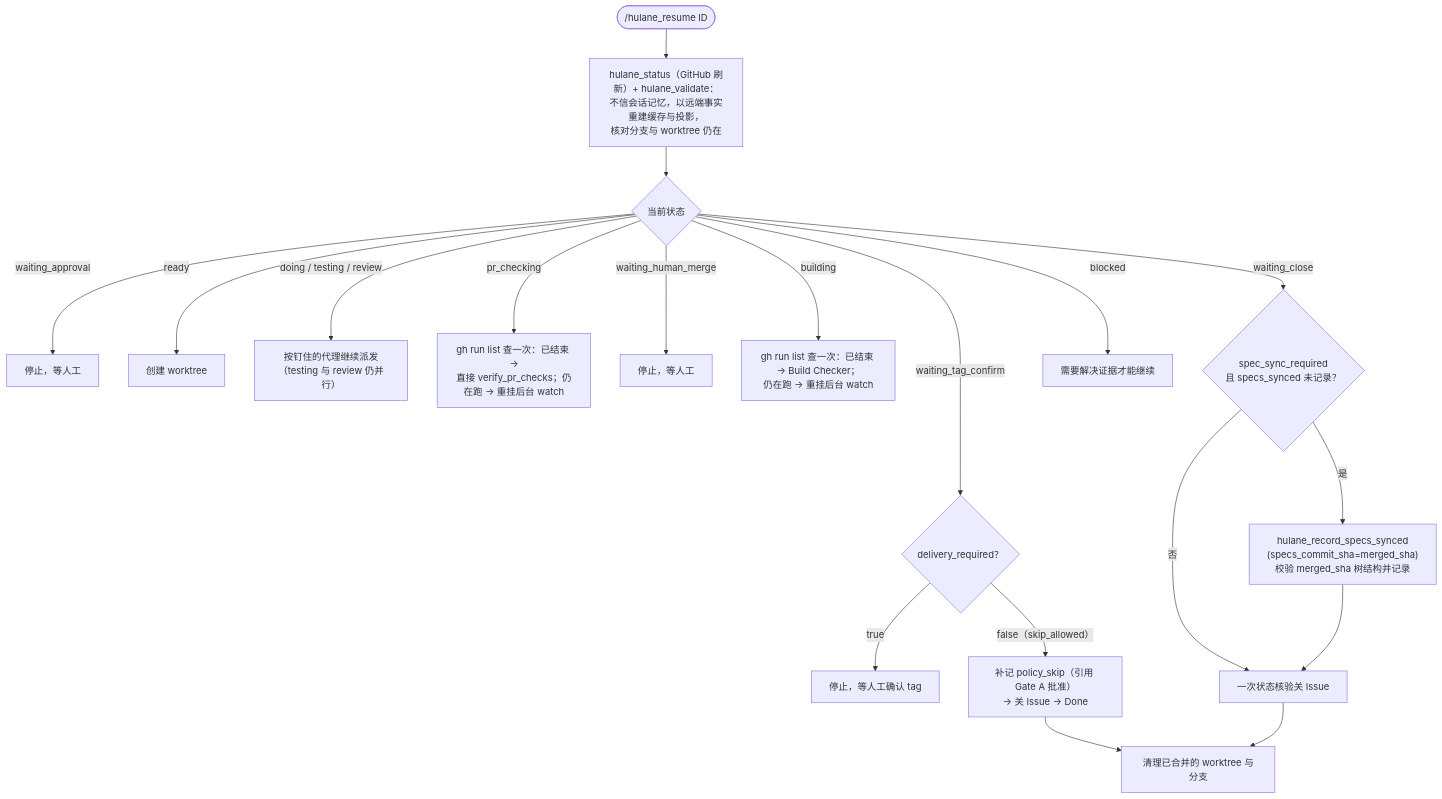
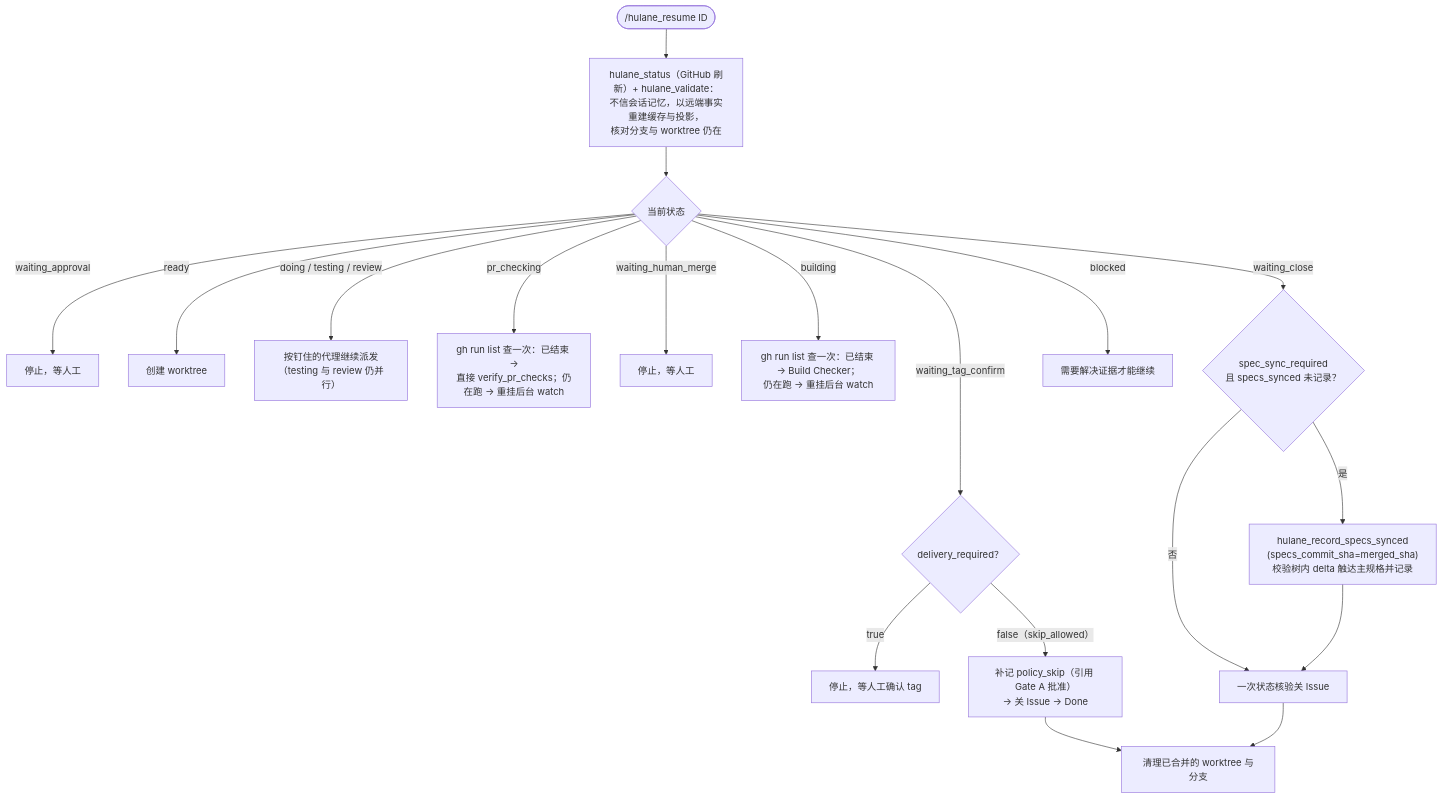
The tenth of 10 diagrams in FLOWCHARTS.md (hutong236/hutong-zcode-marketplace), drawn with Mermaid before and after one commit. The commit also changed other lines of this file and 6 other files, not shown here.

````diff
--- a/FLOWCHARTS.md
+++ b/FLOWCHARTS.md
@@ -248,21 +248,21 @@
 ```mermaid
 flowchart TD
   R(["/hulane_resume ID"]) --> ST["hulane_status（GitHub 刷新）+ hulane_validate：<br>不信会话记忆，以远端事实重建缓存与投影，<br>核对分支与 worktree 仍在"]
   ST --> B{"当前状态"}
   B -->|"waiting_approval"| S1["停止，等人工"]
   B -->|"ready"| S2["创建 worktree"]
   B -->|"doing / testing / review"| S3["按钉住的代理继续派发<br>（testing 与 review 仍并行）"]
   B -->|"pr_checking"| S4["gh run list 查一次：已结束 →<br>直接 verify_pr_checks；仍在跑 → 重挂后台 watch"]
   B -->|"waiting_human_merge"| S5["停止，等人工"]
   B -->|"waiting_tag_confirm"| S6{"delivery_required？"}
   S6 -->|"true"| S7["停止，等人工确认 tag"]
   S6 -->|"false（skip_allowed）"| S8["补记 policy_skip（引用 Gate A 批准）<br>→ 关 Issue → Done"]
   B -->|"building"| S9["gh run list 查一次：已结束 → Build Checker；<br>仍在跑 → 重挂后台 watch"]
   B -->|"waiting_close"| S9a{"spec_sync_required<br>且 specs_synced 未记录？"}
-  S9a -->|"是"| S9b["hulane_record_specs_synced<br>(specs_commit_sha=merged_sha)<br>校验 merged_sha 树结构并记录"]
+  S9a -->|"是"| S9b["hulane_record_specs_synced<br>(specs_commit_sha=merged_sha)<br>校验树内 delta 触达主规格并记录"]
   S9a -->|"否"| S10["一次状态核验关 Issue"]
   S9b --> S10
   B -->|"blocked"| S11["需要解决证据才能继续"]
   S8 --> HK["清理已合并的 worktree 与分支"]
   S10 --> HK
 ```
````
